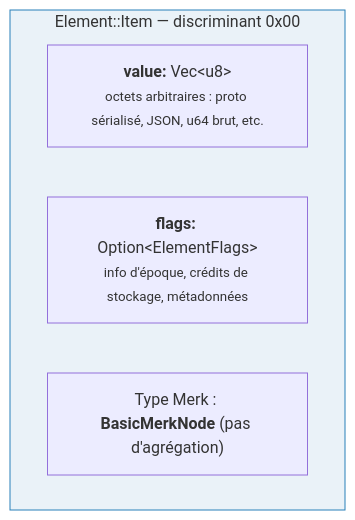
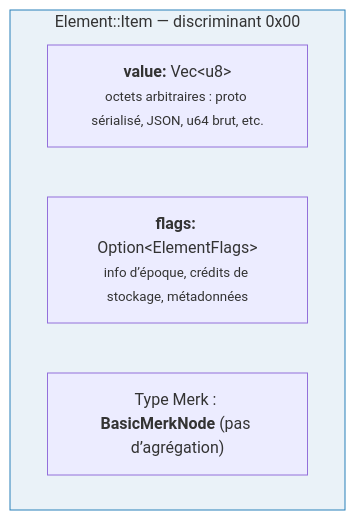
Before and after one commit to dashpay/grovedb: the first of 5 diagrams in docs/book/translations/fr/src/element-system.md, drawn with Mermaid. The commit also changed other lines of this file and 2 other files, not shown here.

````diff
--- a/docs/book/translations/fr/src/element-system.md
+++ b/docs/book/translations/fr/src/element-system.md
@@ -51,9 +51,9 @@
 ```mermaid
 graph TD
     subgraph item["Element::Item — discriminant 0x00"]
         VALUE["<b>value:</b> Vec&lt;u8&gt;<br/><small>octets arbitraires : proto sérialisé, JSON, u64 brut, etc.</small>"]
-        FLAGS["<b>flags:</b> Option&lt;ElementFlags&gt;<br/><small>info d'époque, crédits de stockage, métadonnées</small>"]
-        FEAT["Type Merk : <b>BasicMerkNode</b> (pas d'agrégation)"]
+        FLAGS["<b>flags:</b> Option&lt;ElementFlags&gt;<br/><small>info d’époque, crédits de stockage, métadonnées</small>"]
+        FEAT["Type Merk : <b>BasicMerkNode</b> (pas d’agrégation)"]
     end
     style item fill:#eaf2f8,stroke:#2980b9
 ```
````
